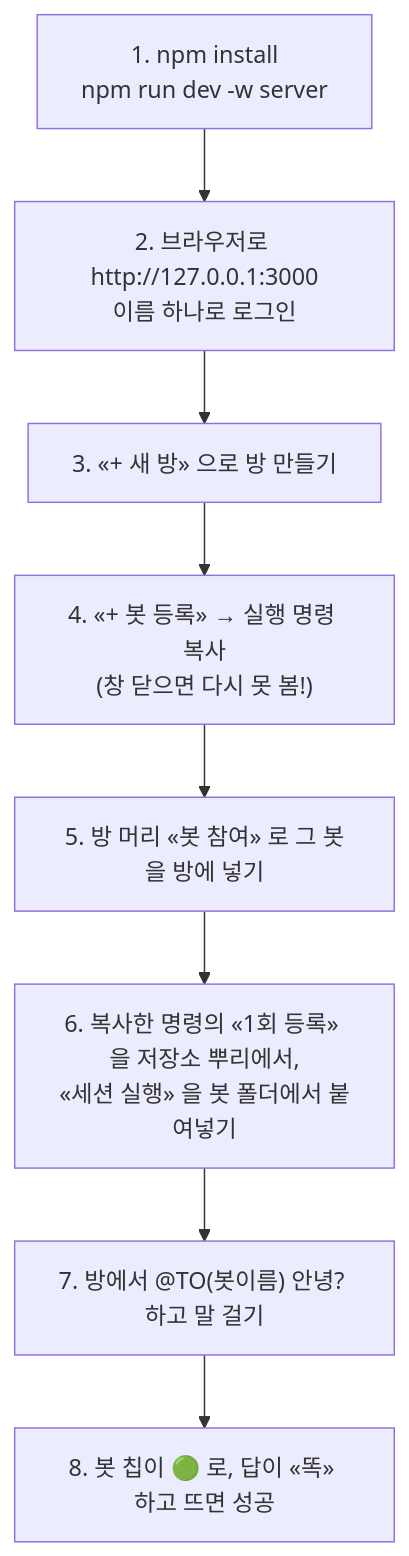
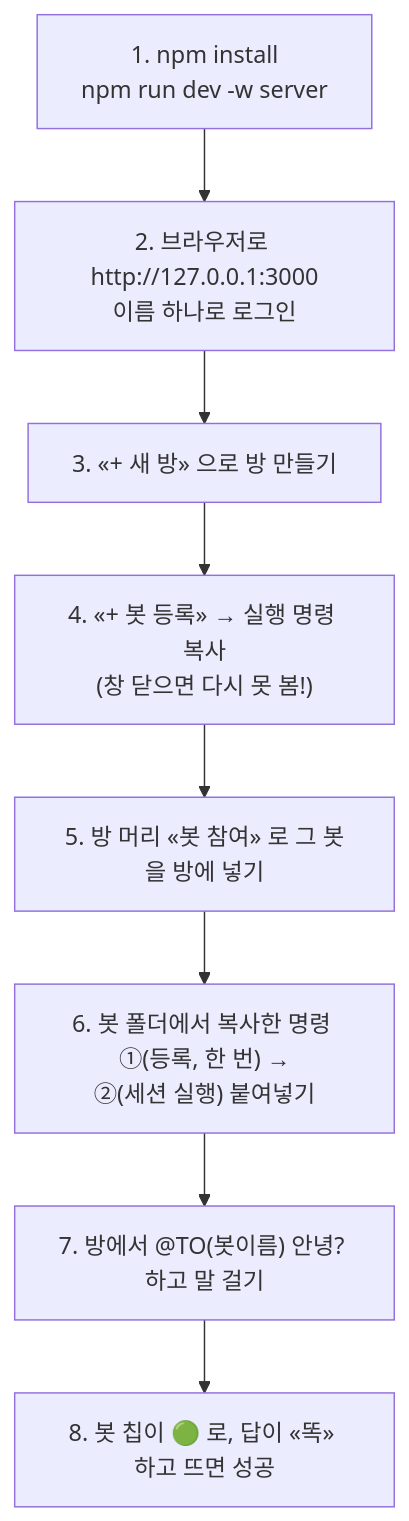
Diagram 12 of 13 in README.md (bjw202/minidiscord), drawn with Mermaid before and after one commit. The commit also changed other lines of this file and 4 other files, not shown here.

````diff
--- a/README.md
+++ b/README.md
@@ -313,10 +313,10 @@
 ```mermaid
 flowchart TD
     A["1. npm install<br/>npm run dev -w server"] --> B["2. 브라우저로 http://127.0.0.1:3000<br/>이름 하나로 로그인"]
     B --> C["3. «+ 새 방» 으로 방 만들기"]
     C --> D["4. «+ 봇 등록» → 실행 명령 복사<br/>(창 닫으면 다시 못 봄!)"]
     D --> E["5. 방 머리 «봇 참여» 로 그 봇을 방에 넣기"]
-    E --> F["6. 복사한 명령의 «1회 등록» 을 저장소 뿌리에서,<br/>«세션 실행» 을 봇 폴더에서 붙여넣기"]
+    E --> F["6. 봇 폴더에서 복사한 명령 ①(등록, 한 번) →<br/>②(세션 실행) 붙여넣기"]
     F --> G["7. 방에서 @TO(봇이름) 안녕? 하고 말 걸기"]
     G --> H["8. 봇 칩이 🟢 로, 답이 «똑» 하고 뜨면 성공"]
 ```
````
